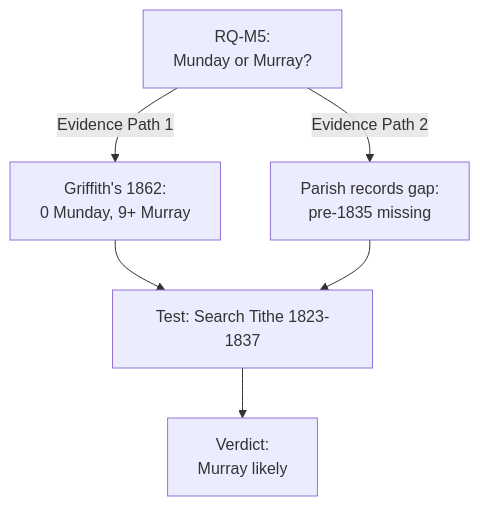
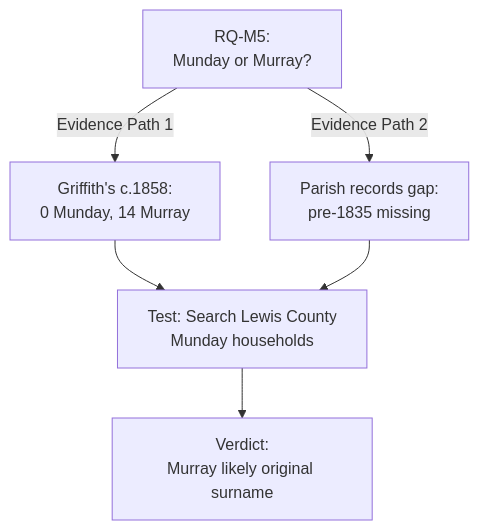
One commit to zcopley/copley-family-research changed the third of 10 diagrams in MERMAID_DIAGRAM_GUIDE.md. Above: the diagram before and after it, drawn with Mermaid. The commit also changed other lines of this file and 15 other files, not shown here.

Commit message:
Resolve RQ-M5 and add Gatton branch chart

````diff
--- a/MERMAID_DIAGRAM_GUIDE.md
+++ b/MERMAID_DIAGRAM_GUIDE.md
@@ -109,12 +109,12 @@
 ```mermaid
 flowchart TD
     Q["RQ-M5:<br/>Munday or Murray?"]
     
-    Q -->|Evidence Path 1| E1["Griffith's 1862:<br/>0 Munday, 9+ Murray"]
+    Q -->|Evidence Path 1| E1["Griffith's c.1858:<br/>0 Munday, 14 Murray"]
     Q -->|Evidence Path 2| E2["Parish records gap:<br/>pre-1835 missing"]
     
-    E1 --> T["Test: Search Tithe 1823-1837"]
+    E1 --> T["Test: Search Lewis County<br/>Munday households"]
     E2 --> T
     
-    T --> V["Verdict:<br/>Murray likely"]
+    T --> V["Verdict:<br/>Murray likely original surname"]
 ```
````
